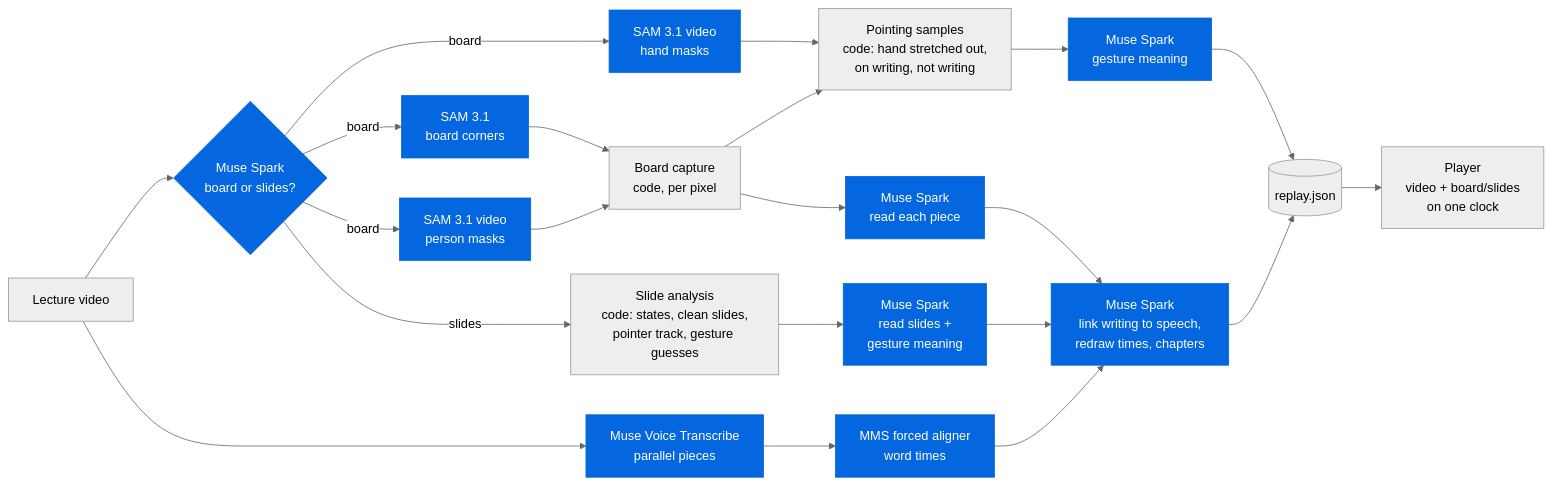
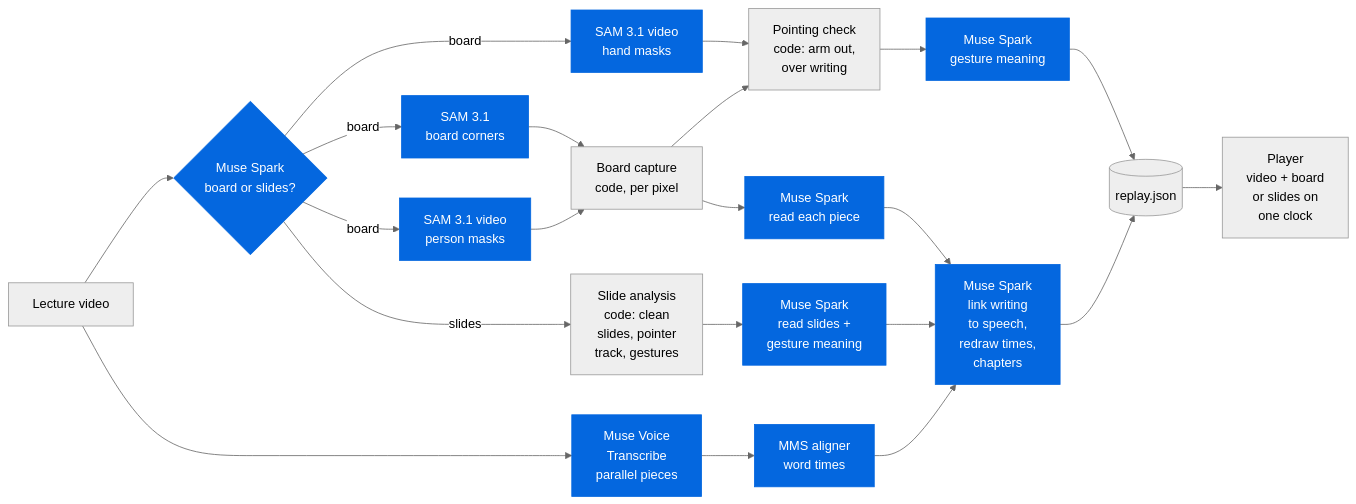
The diagram in README.md (MohammadYehya/replay-board), drawn with Mermaid (neutral theme) before and after one commit.

Commit message:
README: shorter diagram labels so GitHub doesn't cut them off

````diff
--- a/README.md
+++ b/README.md
@@ -204,25 +204,25 @@
 ```mermaid
 flowchart LR
   V[Lecture video] --> C{Muse Spark<br/>board or slides?}
   C -->|board| S1[SAM 3.1<br/>board corners]
   C -->|board| S2[SAM 3.1 video<br/>person masks]
   C -->|board| S3[SAM 3.1 video<br/>hand masks]
   S1 --> BC[Board capture<br/>code, per pixel]
   S2 --> BC
   BC --> R1[Muse Spark<br/>read each piece]
-  S3 --> PT[Pointing samples<br/>code: hand stretched out,<br/>on writing, not writing]
+  S3 --> PT[Pointing check<br/>code: arm out,<br/>over writing]
   BC --> PT
   PT --> G1[Muse Spark<br/>gesture meaning]
-  C -->|slides| SA[Slide analysis<br/>code: states, clean slides,<br/>pointer track, gesture guesses]
+  C -->|slides| SA[Slide analysis<br/>code: clean<br/>slides, pointer<br/>track, gestures]
   SA --> R2[Muse Spark<br/>read slides +<br/>gesture meaning]
-  V --> T[Muse Voice Transcribe<br/>parallel pieces]
-  T --> A[MMS forced aligner<br/>word times]
-  R1 --> L[Muse Spark<br/>link writing to speech,<br/>redraw times, chapters]
+  V --> T[Muse Voice<br/>Transcribe<br/>parallel pieces]
+  T --> A[MMS aligner<br/>word times]
+  R1 --> L[Muse Spark<br/>link writing<br/>to speech,<br/>redraw times,<br/>chapters]
   G1 --> J
   R2 --> L
   A --> L
   L --> J[(replay.json)]
-  J --> P[Player<br/>video + board/slides<br/>on one clock]
+  J --> P[Player<br/>video + board<br/>or slides on<br/>one clock]
   classDef meta fill:#0467DF,stroke:#0467DF,color:#fff
   class C,S1,S2,S3,R1,G1,R2,T,A,L meta
 ```
````
